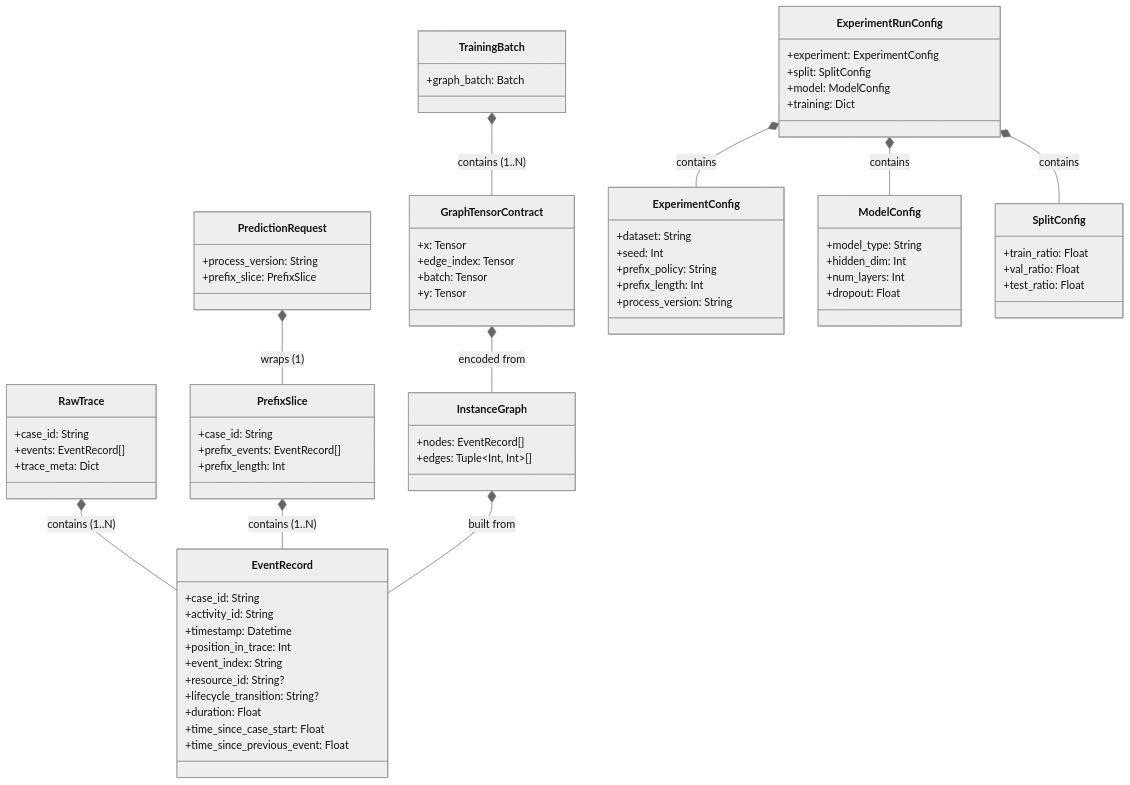
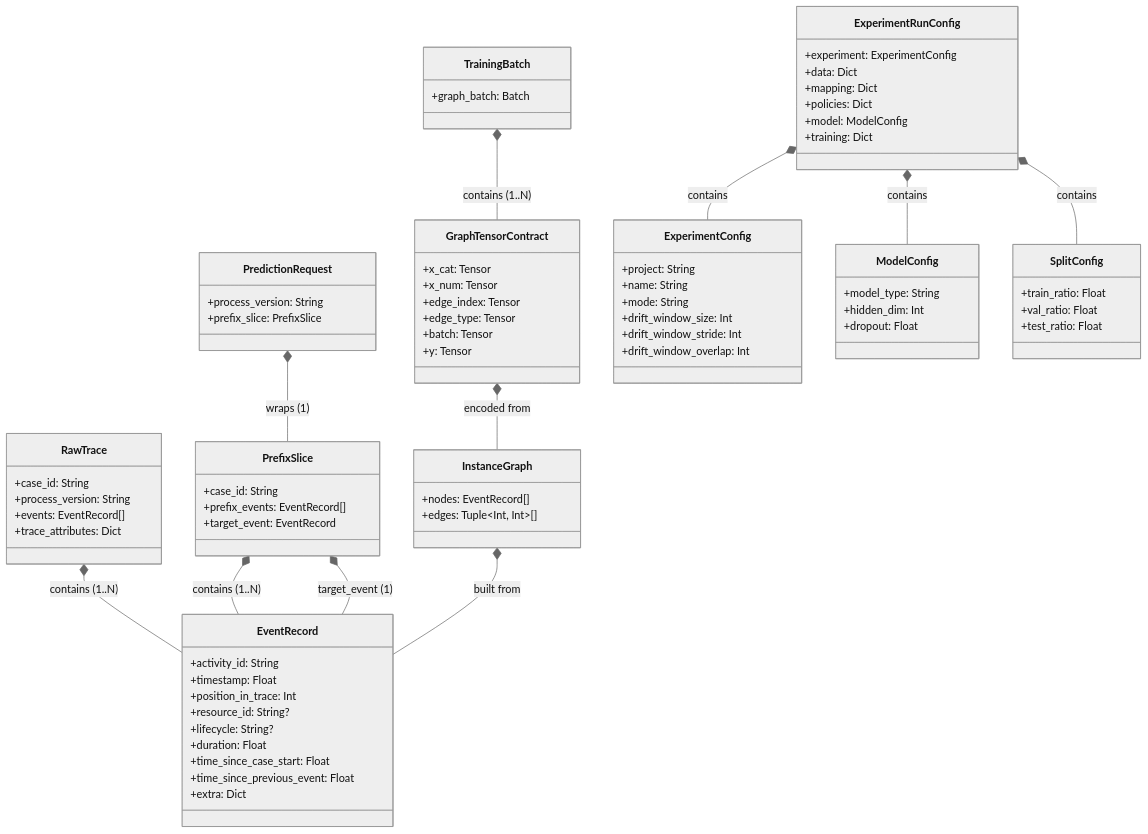
The fourth of 4 diagrams in DATA_MODEL_MVP1.MD (ghsrg/bpm_prediction), drawn with Mermaid (neutral theme) before and after one commit. The commit also changed other lines of this file and 20 other files, not shown here.

Commit message:
docs: restore key mermaid schemas in architecture, flows, and data model

```diff
--- a/DATA_MODEL_MVP1.MD
+++ b/DATA_MODEL_MVP1.MD
@@ -230,71 +252,75 @@
 classDiagram
     class EventRecord {
         %% --- Fundamental (Mandatory) ---
-        +case_id: String
         +activity_id: String
-        +timestamp: Datetime
+        +timestamp: Float
         +position_in_trace: Int
-        +event_index: String
         %% --- Base & Research (Optional / Calculated) ---
         +resource_id: String?
-        +lifecycle_transition: String?
+        +lifecycle: String?
         +duration: Float
         +time_since_case_start: Float
         +time_since_previous_event: Float
+        +extra: Dict
     }
-    
+
     class RawTrace {
         +case_id: String
+        +process_version: String
         +events: EventRecord[]
-        +trace_meta: Dict
+        +trace_attributes: Dict
     }
-    
+
     class PrefixSlice {
         +case_id: String
         +prefix_events: EventRecord[]
-        +prefix_length: Int
+        +target_event: EventRecord
     }
-    
+
     class PredictionRequest {
         +process_version: String
         +prefix_slice: PrefixSlice
     }
-    
+
     class InstanceGraph {
         +nodes: EventRecord[]
         +edges: Tuple~Int, Int~[]
     }
-    
+
     class GraphTensorContract {
-        +x: Tensor
+        +x_cat: Tensor
+        +x_num: Tensor
         +edge_index: Tensor
+        +edge_type: Tensor
         +batch: Tensor
         +y: Tensor
     }
-    
+
     class TrainingBatch {
         +graph_batch: Batch
     }
 
     class ExperimentRunConfig {
         +experiment: ExperimentConfig
-        +split: SplitConfig
+        +data: Dict
+        +mapping: Dict
+        +policies: Dict
         +model: ModelConfig
         +training: Dict
     }
 
     class ExperimentConfig {
-        +dataset: String
-        +seed: Int
-        +prefix_policy: String
-        +prefix_length: Int
-        +process_version: String
+        +project: String
+        +name: String
+        +mode: String
+        +drift_window_size: Int
+        +drift_window_stride: Int
+        +drift_window_overlap: Int
     }
 
     class ModelConfig {
         +model_type: String
         +hidden_dim: Int
-        +num_layers: Int
         +dropout: Float
     }
 
@@ -304,17 +330,15 @@
         +test_ratio: Float
     }
 
-    %% Adapters & DTOs
     RawTrace *-- EventRecord : contains (1..N)
     PrefixSlice *-- EventRecord : contains (1..N)
+    PrefixSlice *-- EventRecord : target_event (1)
     PredictionRequest *-- PrefixSlice : wraps (1)
-    
-    %% Graph & Tensors
+
     InstanceGraph *-- EventRecord : built from
     GraphTensorContract *-- InstanceGraph : encoded from
     TrainingBatch *-- GraphTensorContract : contains (1..N)
-    
-    %% Configs
+
     ExperimentRunConfig *-- ExperimentConfig : contains
     ExperimentRunConfig *-- ModelConfig : contains
     ExperimentRunConfig *-- SplitConfig : contains
```
